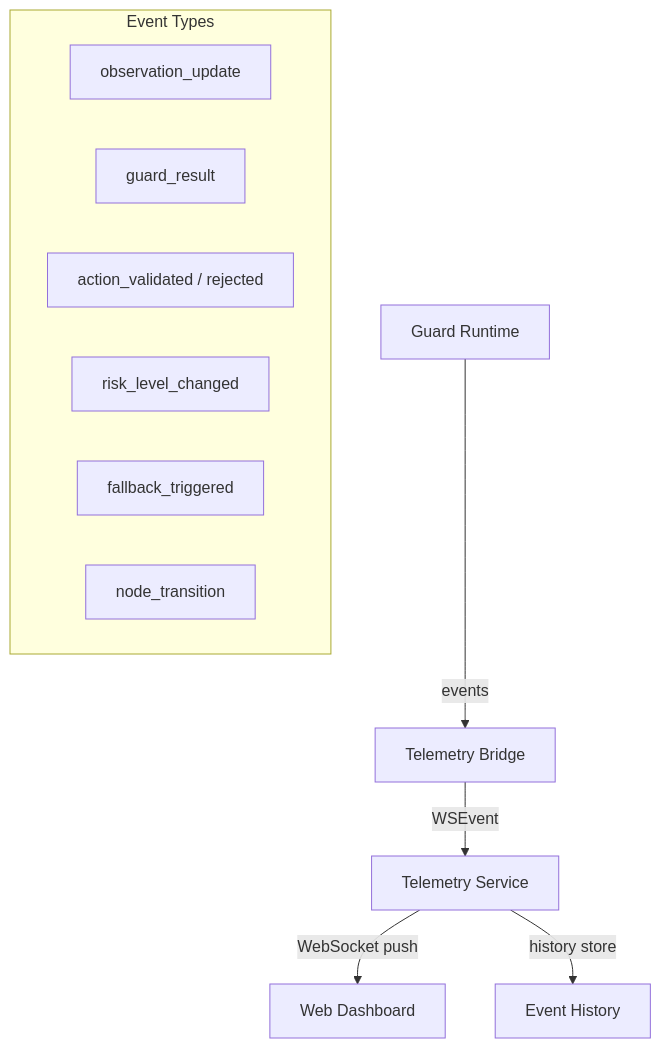
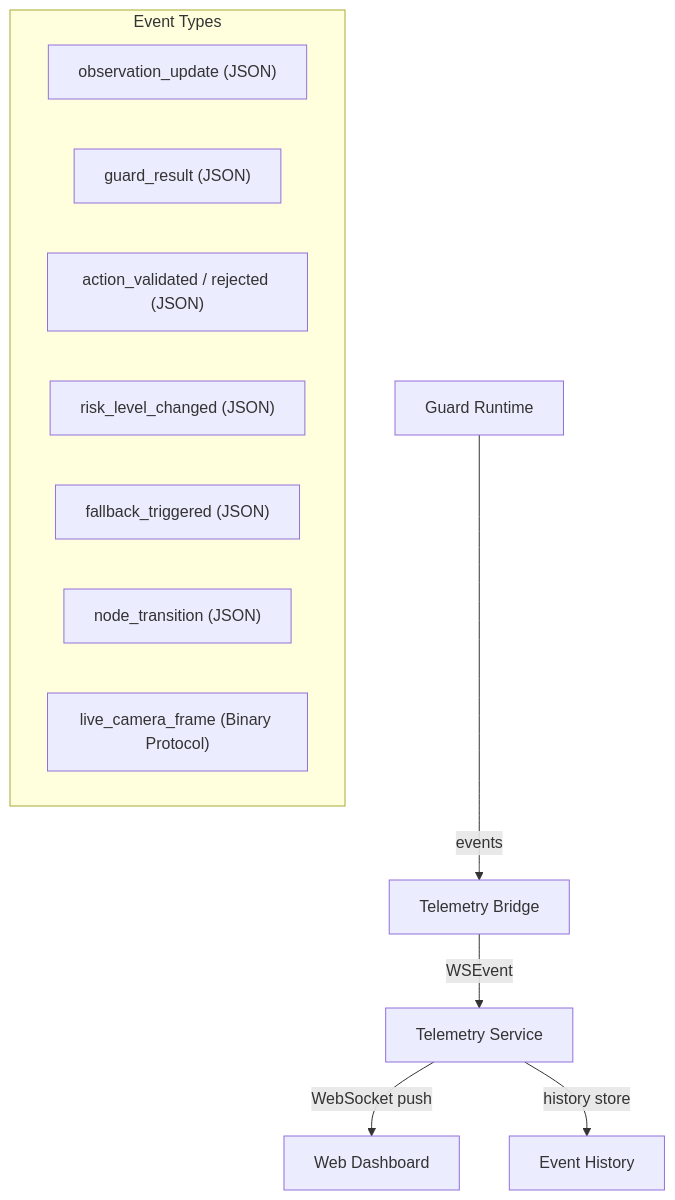
Before and after one commit to ez945y/DAM: the second of 5 diagrams in docs/DAM_Specification.md, drawn with Mermaid. The commit also changed other lines of this file and 112 other files, not shown here.

````diff
--- a/docs/DAM_Specification.md
+++ b/docs/DAM_Specification.md
@@ -651,16 +651,17 @@
 ```mermaid
 flowchart TB
     GR["Guard Runtime"] -->|events| Bridge["Telemetry Bridge"]
     Bridge -->|WSEvent| TS["Telemetry Service"]
     TS -->|WebSocket push| UI["Web Dashboard"]
     TS -->|history store| DB["Event History"]
 
     subgraph "Event Types"
-        E1["observation_update"]
-        E2["guard_result"]
-        E3["action_validated / rejected"]
-        E4["risk_level_changed"]
-        E5["fallback_triggered"]
-        E6["node_transition"]
+        E1["observation_update (JSON)"]
+        E2["guard_result (JSON)"]
+        E3["action_validated / rejected (JSON)"]
+        E4["risk_level_changed (JSON)"]
+        E5["fallback_triggered (JSON)"]
+        E6["node_transition (JSON)"]
+        E7["live_camera_frame (Binary Protocol)"]
     end
 ```
````
